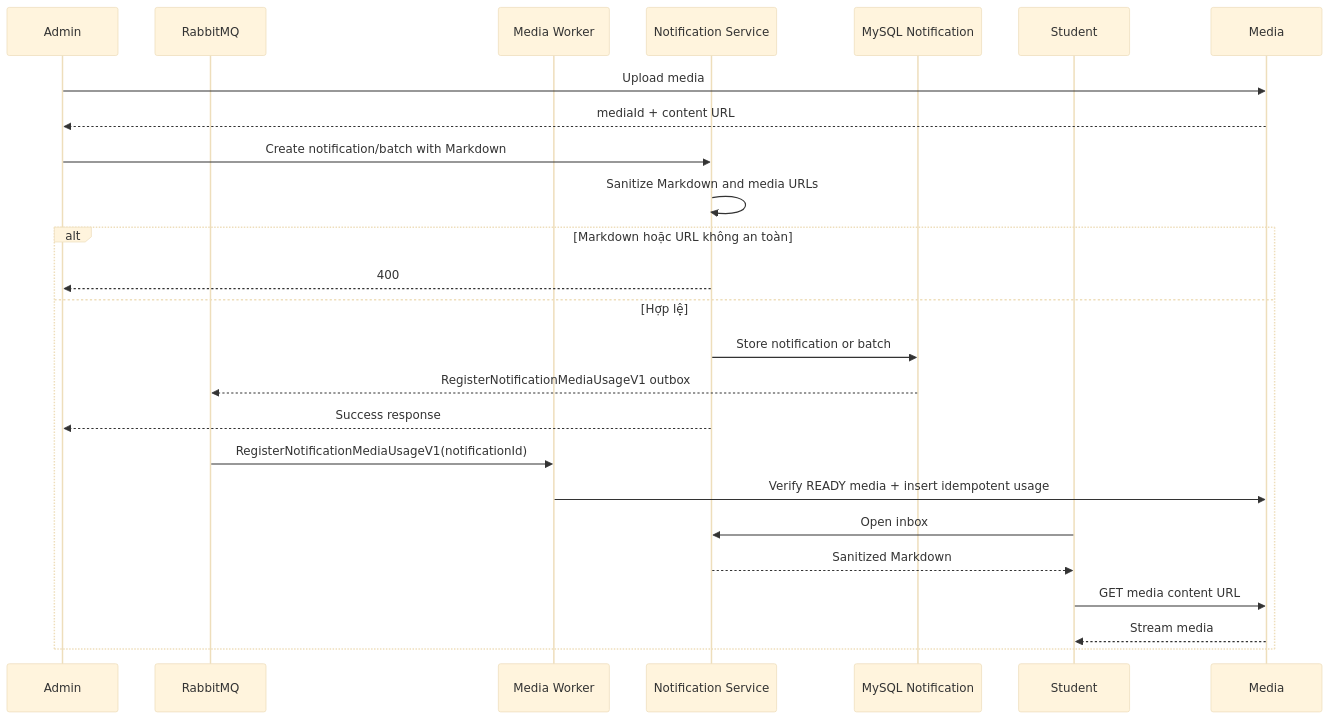
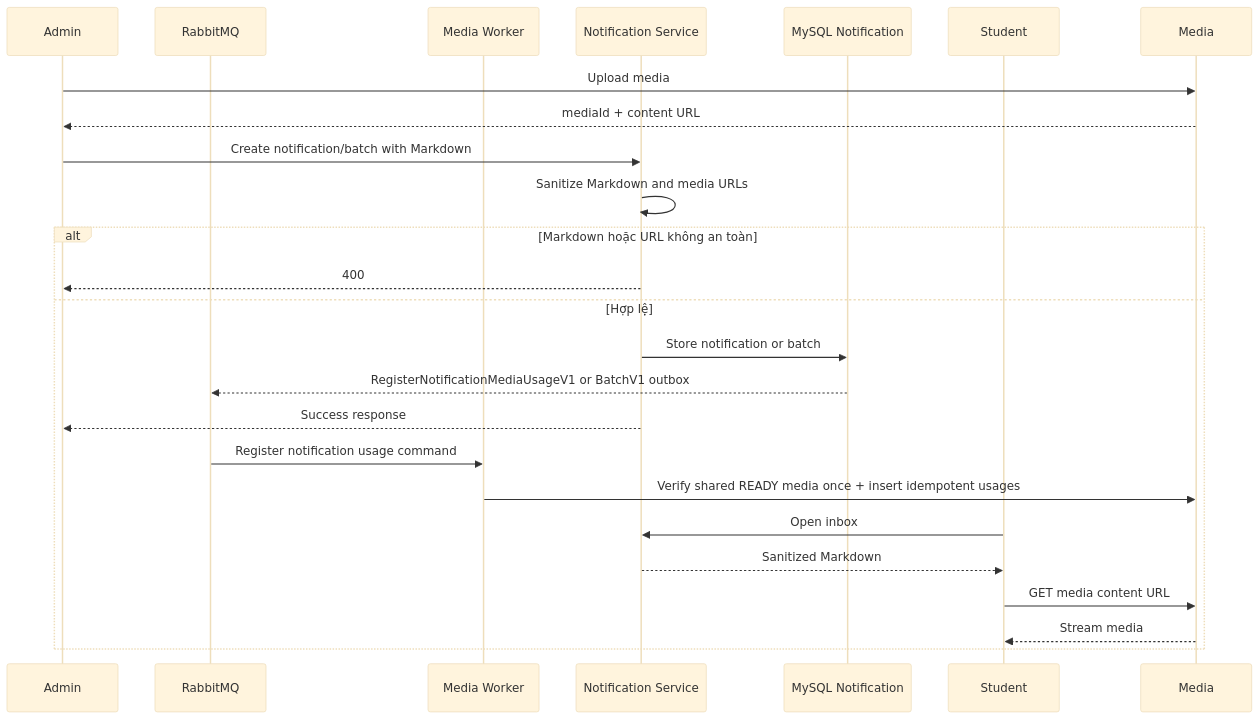
One commit to Minhduc7904/MiniProjectTrainingKaopiz changed the diagram in ducnm3/docs/business-flows/notifications/notification-media-content.md. Above: the diagram before and after it, drawn with Mermaid (base theme). The commit also changed other lines of this file and 20 other files, not shown here.

Commit message:
Chuẩn hóa gán media usage cho notification đơn và batch

````diff
--- a/ducnm3/docs/business-flows/notifications/notification-media-content.md
+++ b/ducnm3/docs/business-flows/notifications/notification-media-content.md
@@ -19,27 +19,27 @@
 ```mermaid
 sequenceDiagram
     participant Admin
     participant Bus as RabbitMQ
     participant Worker as Media Worker
     participant Notification as Notification Service
     participant DB as MySQL Notification
     participant Student
 
     Admin->>Media: Upload media
     Media-->>Admin: mediaId + content URL
     Admin->>Notification: Create notification/batch with Markdown
     Notification->>Notification: Sanitize Markdown and media URLs
     alt Markdown hoặc URL không an toàn
         Notification-->>Admin: 400
     else Hợp lệ
         Notification->>DB: Store notification or batch
-        DB-->>Bus: RegisterNotificationMediaUsageV1 outbox
+        DB-->>Bus: RegisterNotificationMediaUsageV1 or BatchV1 outbox
         Notification-->>Admin: Success response
-        Bus->>Worker: RegisterNotificationMediaUsageV1(notificationId)
-        Worker->>Media: Verify READY media + insert idempotent usage
+        Bus->>Worker: Register notification usage command
+        Worker->>Media: Verify shared READY media once + insert idempotent usages
         Student->>Notification: Open inbox
         Notification-->>Student: Sanitized Markdown
         Student->>Media: GET media content URL
         Media-->>Student: Stream media
     end
 ```
````
